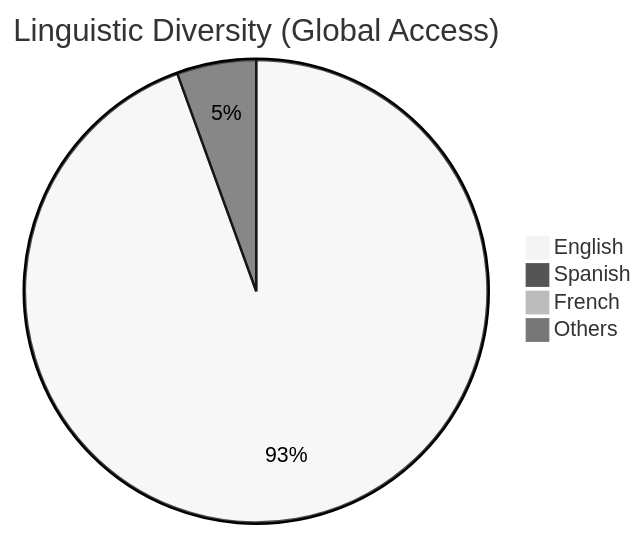
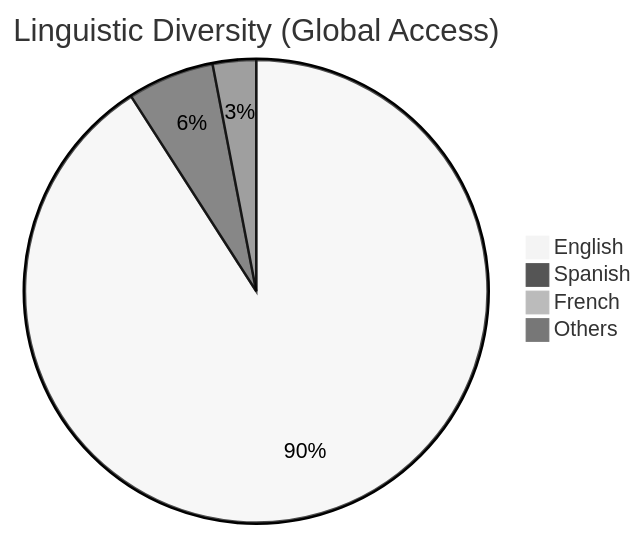
One commit to nubenetes/awesome-kubernetes changed the second of 4 diagrams in README.md. Above: the diagram before and after it, drawn with Mermaid (neutral theme). The commit also changed other lines of this file and 2 other files, not shown here.

Commit message:
docs: finalize 2026 high-fidelity documentation, synchronize hierarchical numbering, and restore precision charts

````diff
--- a/README.md
+++ b/README.md
@@ -168,7 +154,7 @@
 ```mermaid
 pie title Linguistic Diversity (Global Access)
-    "English" : 14500
-    "Spanish" : 850
-    "French" : 120
-    "Others" : 120
+    "English" : 14031
+    "Spanish" : 935
+    "French" : 155
+    "Others" : 467
 ```
````
